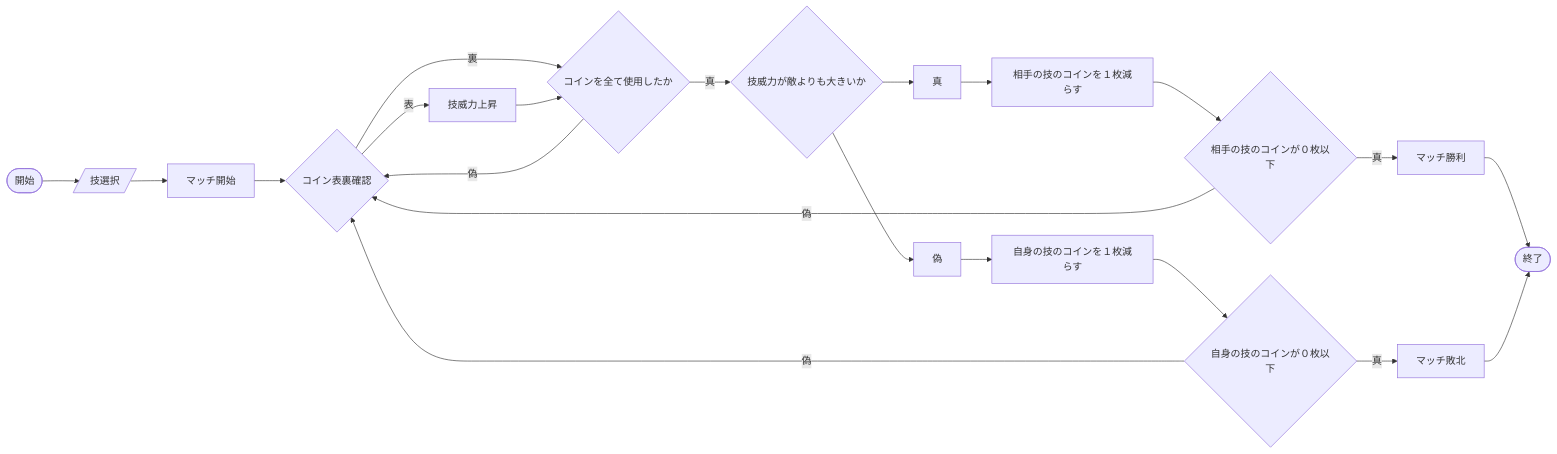
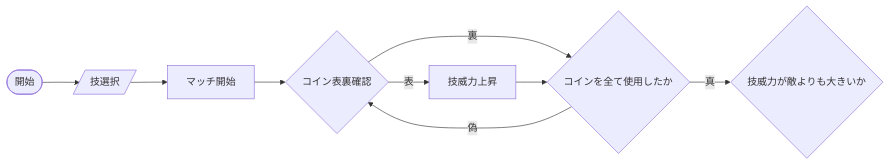
Before and after one commit to tpu-game-2023/mermaid_test: the first of 3 diagrams in README.md, drawn with Mermaid.

Commit message:
見取り図バグ取り

````diff
--- a/README.md
+++ b/README.md
@@ -20,20 +20,11 @@
 ```mermaid
 flowchart LR;
    A([開始]) --> B[/技選択/];
    B --> C[マッチ開始];
    C --> D{コイン表裏確認};
    D --表-->E[技威力上昇];
    D --裏--> F{コインを全て使用したか};
    E-->F;
    F--真-->G{技威力が敵よりも大きいか};
    F--偽-->D;
-   G-->真-->H[相手の技のコインを１枚減らす];
-   G-->偽-->I[自身の技のコインを１枚減らす];
-   H-->J{相手の技のコインが０枚以下};
-   I-->K{自身の技のコインが０枚以下};
-   J--真-->L[マッチ勝利];
-   J--偽-->D;
-   K--真-->M[マッチ敗北];
-   K--偽-->D;
-   L-->N([終了]);M-->N;
 ```
````
